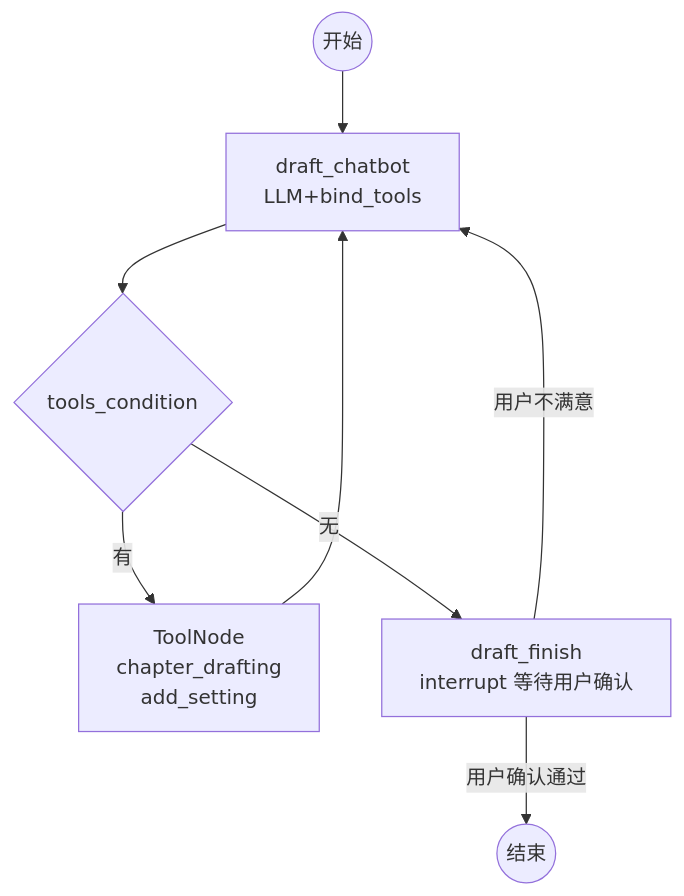
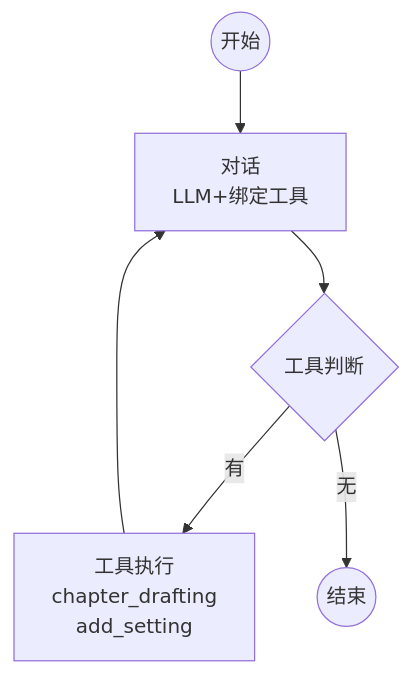
The diagram in langgraph-writer/docs/subgraph_创作.mmd (30998772/novelist), drawn with Mermaid before and after one commit. The commit also changed 20 other files, not shown here.

Commit message:
主子图设计

```diff
--- a/langgraph-writer/docs/subgraph_创作.mmd
+++ b/langgraph-writer/docs/subgraph_创作.mmd
@@ -1,8 +1,6 @@
 graph TB
-    START((开始)) --> CHATBOT["draft_chatbot<br/>LLM+bind_tools"]
-    CHATBOT --> TC{"tools_condition"}
-    TC -- "有" --> TOOLS["ToolNode<br/>chapter_drafting<br/>add_setting"]
-    TC -- "无" --> FINISH["draft_finish<br/>interrupt 等待用户确认"]
-    TOOLS --> CHATBOT
-    FINISH -- "用户确认通过" --> END((结束))
-    FINISH -- "用户不满意" --> CHATBOT
+    开始((开始)) --> 对话["对话<br/>LLM+绑定工具"]
+    对话 --> 工具判断{"工具判断"}
+    工具判断 -- "有" --> 工具["工具执行<br/>chapter_drafting<br/>add_setting"]
+    工具判断 -- "无" --> 结束((结束))
+    工具 --> 对话
```
